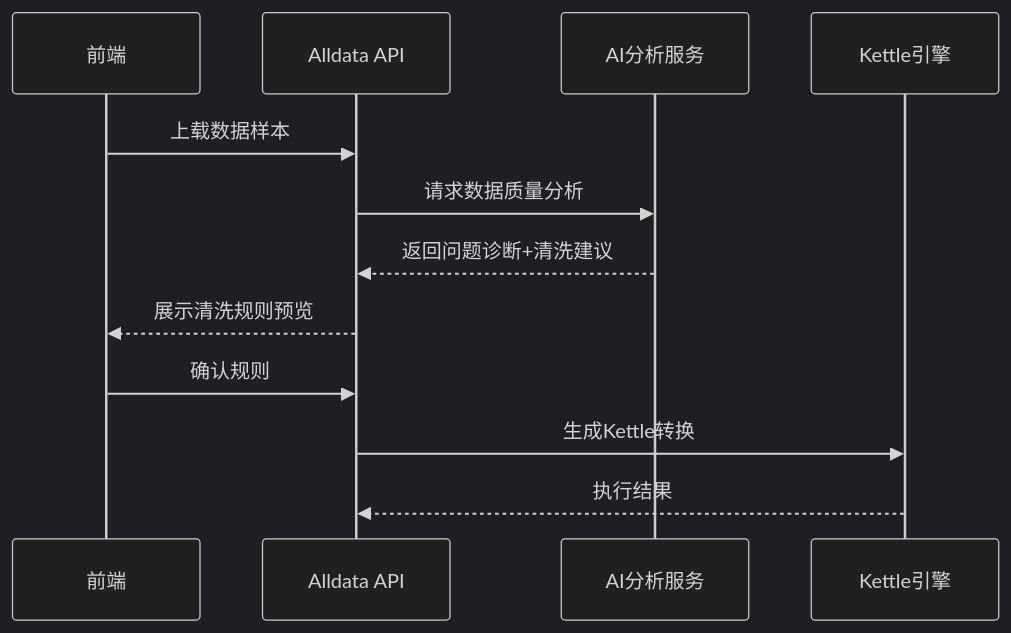
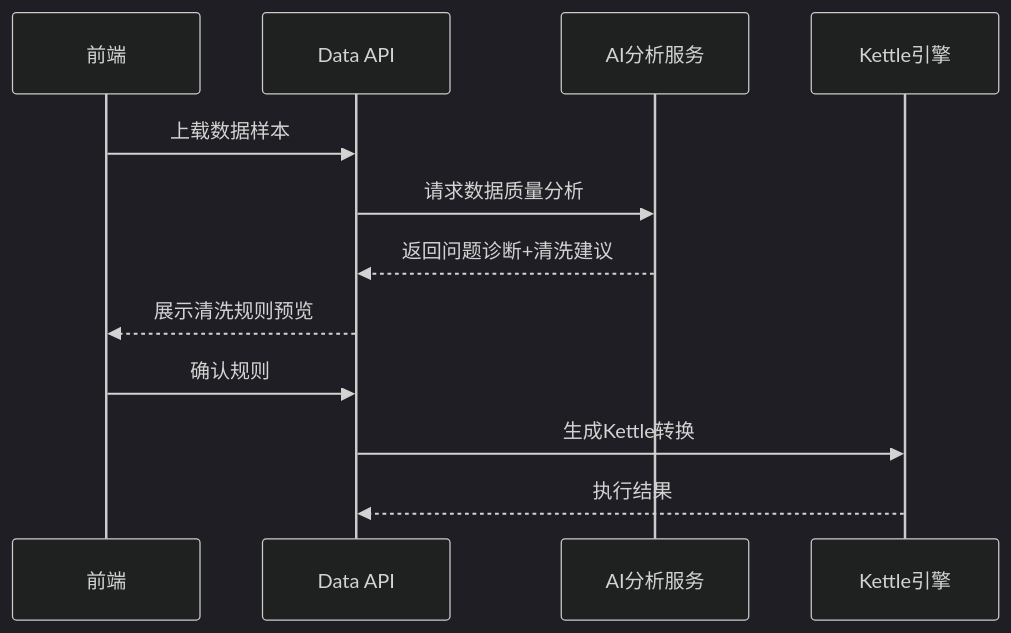
The second of 5 diagrams in docs/05-planning/implementation-plan.md (iannil/one-data-studio), drawn with Mermaid (dark theme) before and after one commit. The commit also changed other lines of this file and 228 other files, not shown here.

````diff
--- a/docs/05-planning/implementation-plan.md
+++ b/docs/05-planning/implementation-plan.md
@@ -116,15 +116,15 @@
 ```mermaid
 sequenceDiagram
     participant UI as 前端
-    participant API as Alldata API
+    participant API as Data API
     participant AI as AI分析服务
     participant Kettle as Kettle引擎
 
     UI->>API: 上载数据样本
     API->>AI: 请求数据质量分析
     AI-->>API: 返回问题诊断+清洗建议
     API-->>UI: 展示清洗规则预览
     UI->>API: 确认规则
     API->>Kettle: 生成Kettle转换
     Kettle-->>API: 执行结果
 ```
````
